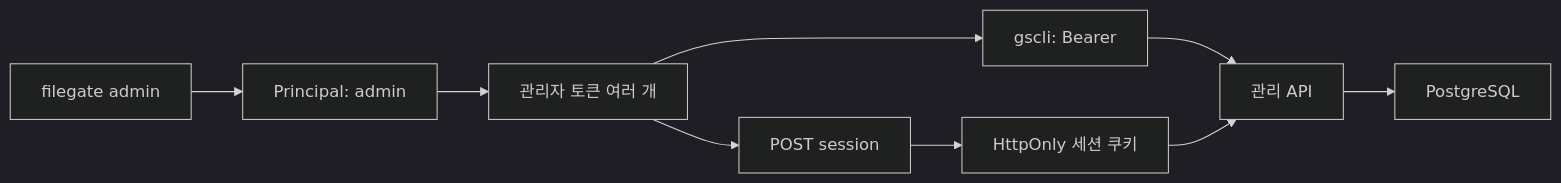
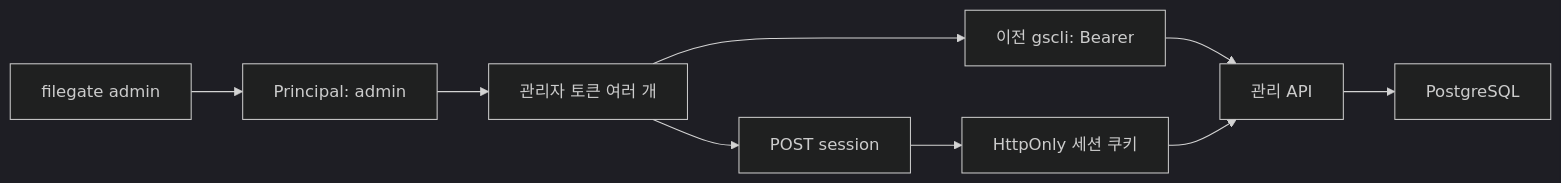
Before and after one commit to cagojeiger/grove-storage: the diagram in docs/spec/05-admin-auth.md, drawn with Mermaid (dark theme). The commit also changed other lines of this file and 469 other files, not shown here.

````diff
--- a/docs/spec/05-admin-auth.md
+++ b/docs/spec/05-admin-auth.md
@@ -17,11 +22,11 @@
 ```mermaid
 flowchart LR
     Local["filegate admin"] --> P["Principal: admin"]
     P --> T["관리자 토큰 여러 개"]
-    T --> CLI["gscli: Bearer"]
+    T --> CLI["이전 gscli: Bearer"]
     T --> Login["POST session"]
     Login --> Cookie["HttpOnly 세션 쿠키"]
     CLI --> API["관리 API"]
     Cookie --> API
     API --> PG["PostgreSQL"]
 ```
````
